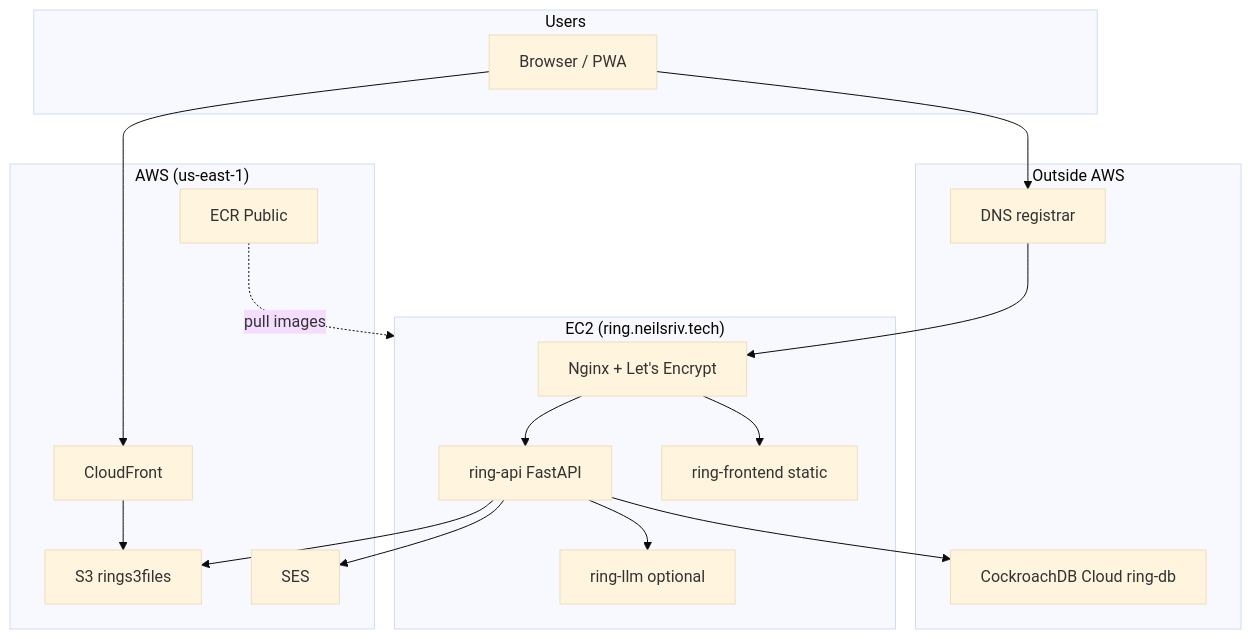
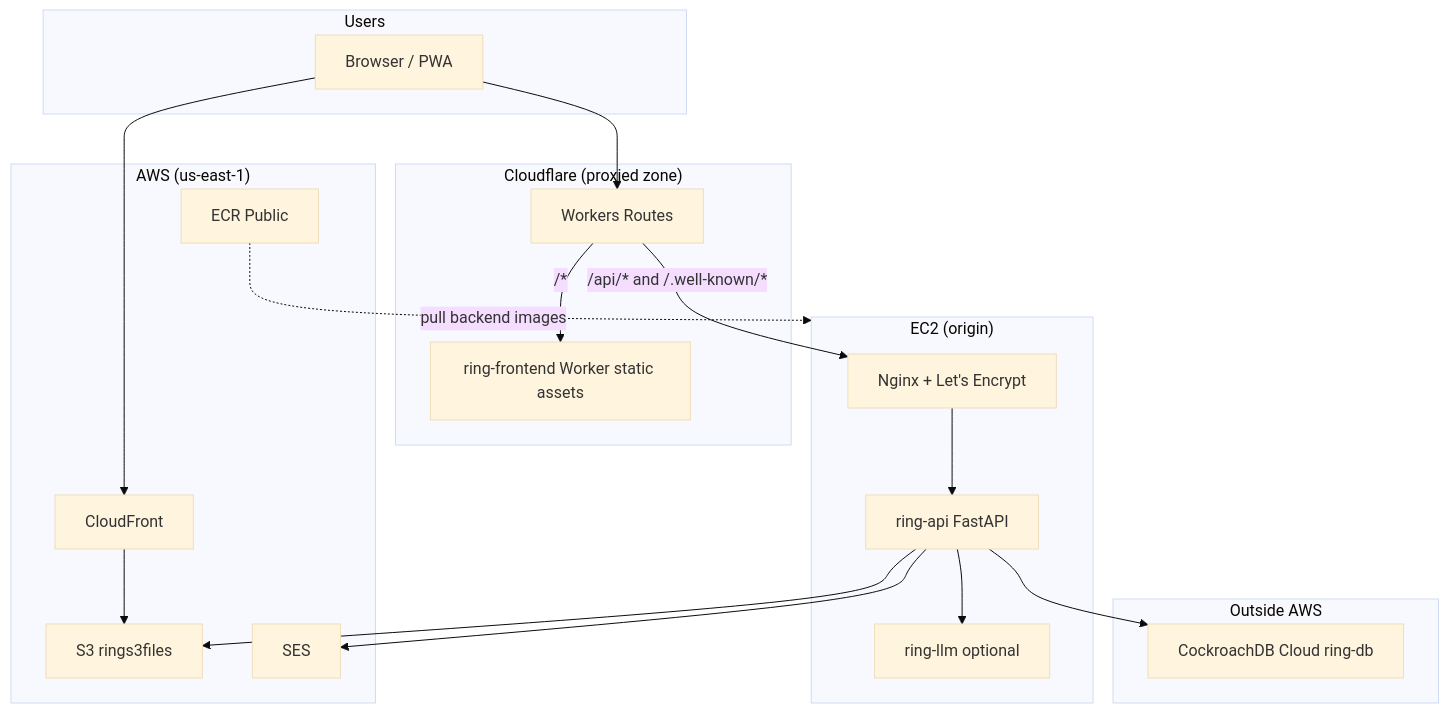
The diagram in docs/infrastructure.md (neil-sriv/ring), drawn with Mermaid (base theme) before and after one commit. The commit also changed other lines of this file and 7 other files, not shown here.

Commit message:
Retire EC2 frontend serving after Cloudflare cutover

````diff
--- a/docs/infrastructure.md
+++ b/docs/infrastructure.md
@@ -18,36 +28,40 @@
 ```mermaid
 flowchart TB
     subgraph Users
         Browser[Browser / PWA]
     end
 
-    subgraph EC2["EC2 (ring.neilsriv.tech)"]
+    subgraph CFEdge["Cloudflare (proxied zone)"]
+        Routes[Workers Routes]
+        FE[ring-frontend Worker static assets]
+    end
+
+    subgraph EC2["EC2 (origin)"]
         Nginx[Nginx + Let's Encrypt]
         API[ring-api FastAPI]
-        FE[ring-frontend static]
         LLM[ring-llm optional]
     end
 
     subgraph AWS["AWS (us-east-1)"]
         ECR[ECR Public]
         S3[S3 rings3files]
         CF[CloudFront]
         SES[SES]
     end
 
     subgraph External["Outside AWS"]
         CRDB[CockroachDB Cloud ring-db]
-        DNS[DNS registrar]
     end
 
-    Browser --> DNS --> Nginx
-    Nginx --> FE
+    Browser --> Routes
+    Routes -->|"/*"| FE
+    Routes -->|"/api/* and /.well-known/*"| Nginx
     Nginx --> API
     API --> CRDB
     API --> S3
     API --> SES
     API --> LLM
     Browser --> CF
     CF --> S3
-    ECR -. pull images .-> EC2
+    ECR -. pull backend images .-> EC2
 ```
````
